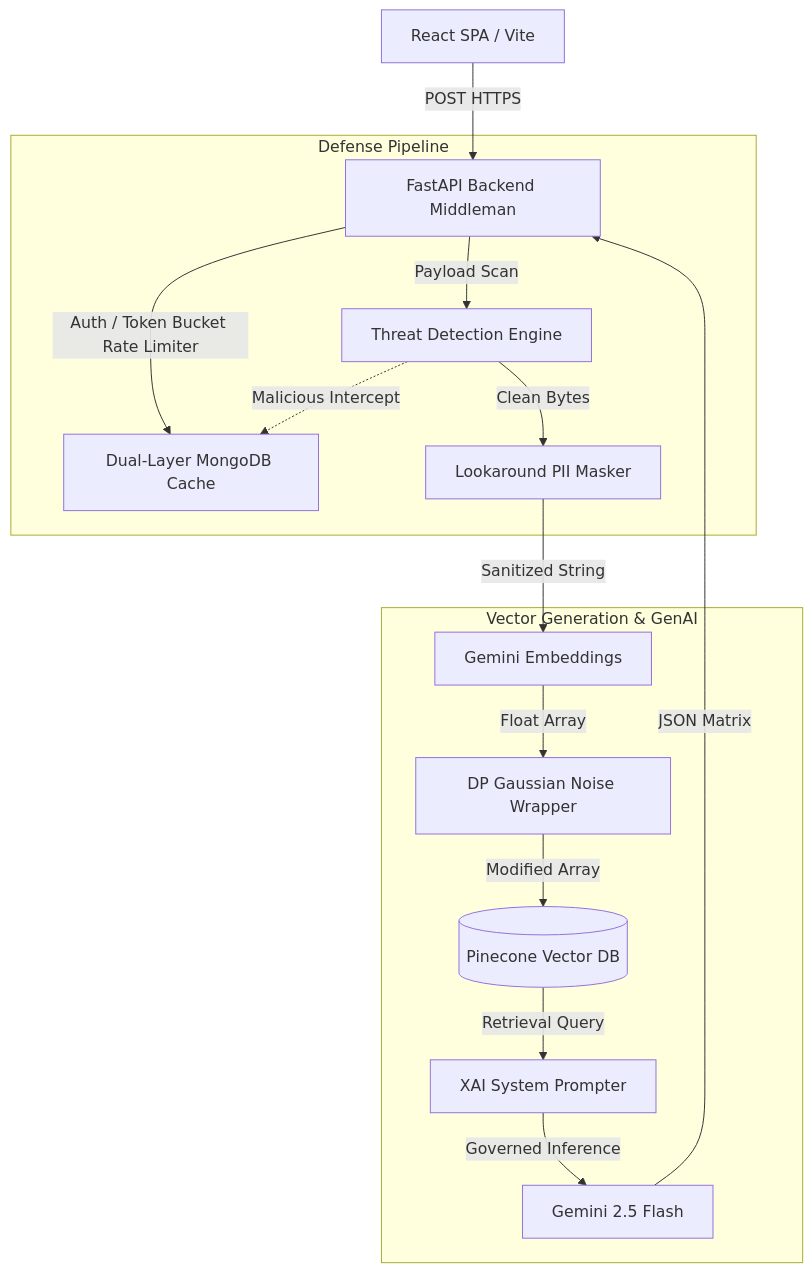
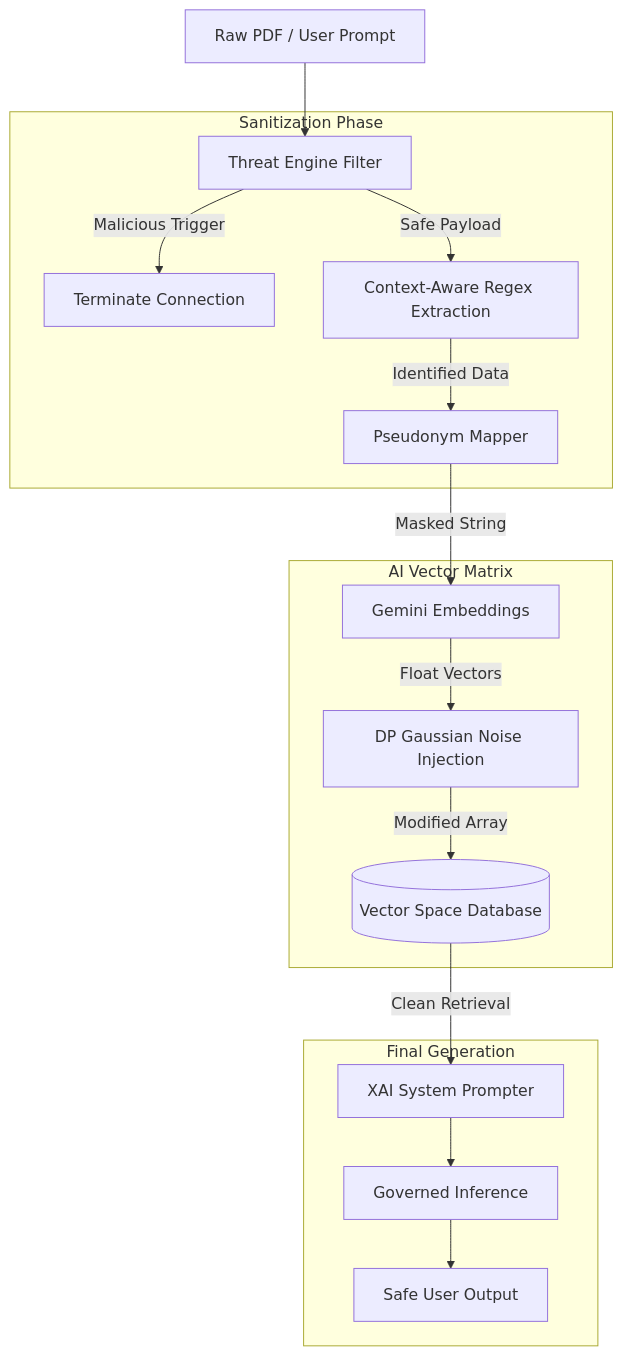
One commit to chakriyadav-10/secure-rag changed the diagram in README.md. Above: the diagram before and after it, drawn with Mermaid. The commit also changed other lines of this file, not shown here.

````diff
--- a/README.md
+++ b/README.md
@@ -45,20 +44,22 @@
 ```mermaid
 graph TD;
-    A[React SPA / Vite] -->|POST HTTPS| B[FastAPI Backend Middleman]
+    A[Raw PDF / User Prompt] --> B[Threat Engine Filter]
     
-    subgraph Defense Pipeline
-        B -->|Auth / Token Bucket Rate Limiter| C[Dual-Layer MongoDB Cache]
-        B -->|Payload Scan| D[Threat Detection Engine]
-        D -.->|Malicious Intercept| C
-        D -->|Clean Bytes| E[Lookaround PII Masker]
+    subgraph Sanitization Phase
+        B -->|Malicious Trigger| C[Terminate Connection]
+        B -->|Safe Payload| D[Context-Aware Regex Extraction]
+        D -->|Identified Data| E[Pseudonym Mapper]
     end
     
-    subgraph Vector Generation & GenAI
-        E -->|Sanitized String| F[Gemini Embeddings]
-        F -->|Float Array| G[DP Gaussian Noise Wrapper]
-        G -->|Modified Array| H[(Pinecone Vector DB)]
-        H -->|Retrieval Query| I[XAI System Prompter]
-        I -->|Governed Inference| J[Gemini 2.5 Flash]
-        J -->|JSON Matrix| B
+    subgraph AI Vector Matrix
+        E -->|Masked String| F[Gemini Embeddings]
+        F -->|Float Vectors| G[DP Gaussian Noise Injection]
+        G -->|Modified Array| H[(Vector Space Database)]
+    end
+    
+    subgraph Final Generation
+        H -->|Clean Retrieval| I[XAI System Prompter]
+        I --> J[Governed Inference]
+        J --> K[Safe User Output]
     end
 ```
````
